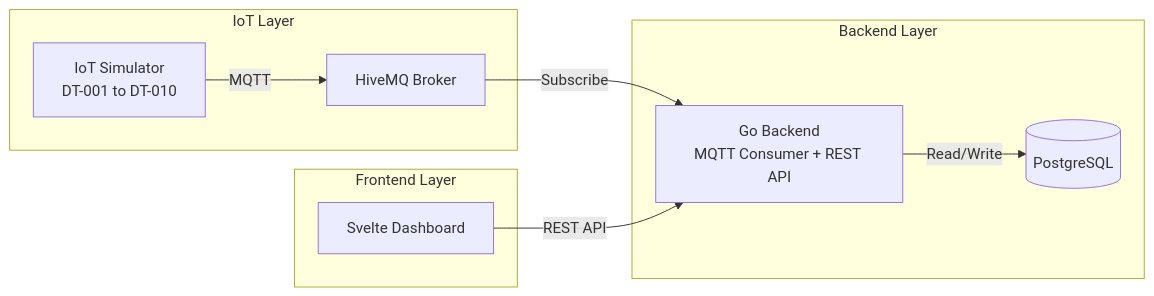
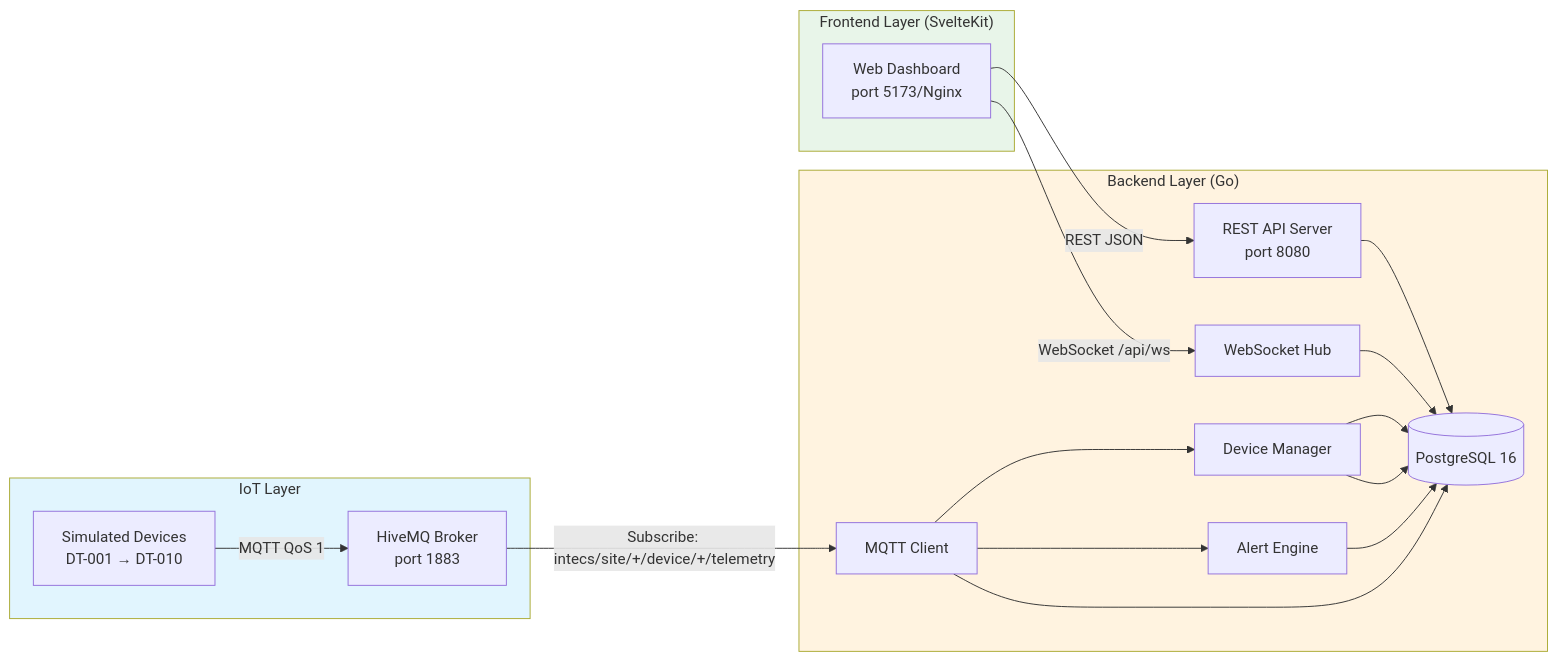
One commit to fariddhiya/intecs-monitoring-web changed the first of 2 diagrams in README.md. Above: the diagram before and after it, drawn with Mermaid. The commit also changed other lines of this file and 3 other files, not shown here.

````diff
--- a/README.md
+++ b/README.md
@@ -9,15 +44,27 @@
 ```mermaid
 graph LR
-    subgraph IoT Layer
-        A[IoT Simulator<br/>DT-001 to DT-010] -->|MQTT| B[HiveMQ Broker]
+    subgraph IoT_Layer["IoT Layer"]
+        A[Simulated Devices<br/>DT-001 → DT-010] -->|MQTT QoS 1| B[HiveMQ Broker<br/>port 1883]
     end
-    
-    subgraph Backend Layer
-        B -->|Subscribe| C[Go Backend<br/>MQTT Consumer + REST API]
-        C -->|Read/Write| D[(PostgreSQL)]
+
+    subgraph Backend_Layer["Backend Layer (Go)"]
+        B -->|Subscribe: intecs/site/+/device/+/telemetry| C[MQTT Client]
+        C --> D[Device Manager]
+        C --> E[Alert Engine]
+        D --> F[(PostgreSQL 16)]
+        E --> F
+        D --> F
+        C --> F
+        G[REST API Server<br/>port 8080] --> F
+        H[WebSocket Hub] --> F
     end
-    
-    subgraph Frontend Layer
-        E[Svelte Dashboard] -->|REST API| C
+
+    subgraph Frontend_Layer["Frontend Layer (SvelteKit)"]
+        I[Web Dashboard<br/>port 5173/Nginx] -->|REST JSON| G
+        I -->|WebSocket /api/ws| H
     end
+
+    style IoT_Layer fill:#e1f5fe
+    style Backend_Layer fill:#fff3e0
+    style Frontend_Layer fill:#e8f5e9
 ```
````
